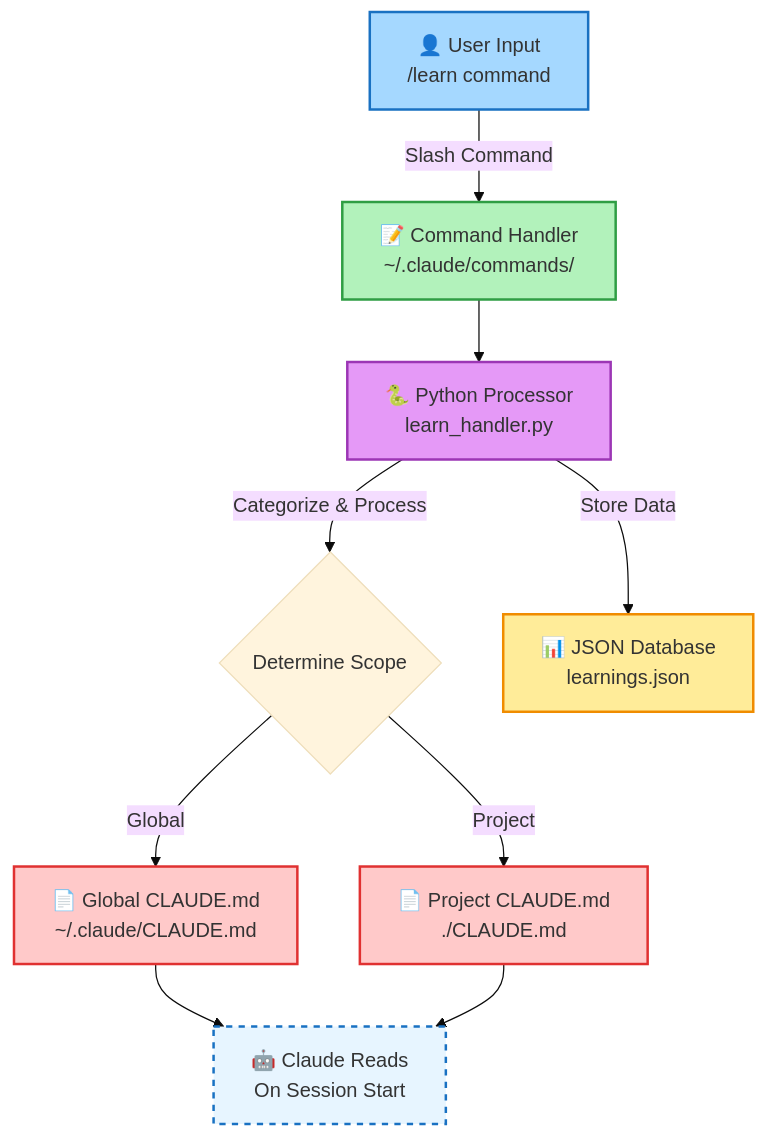
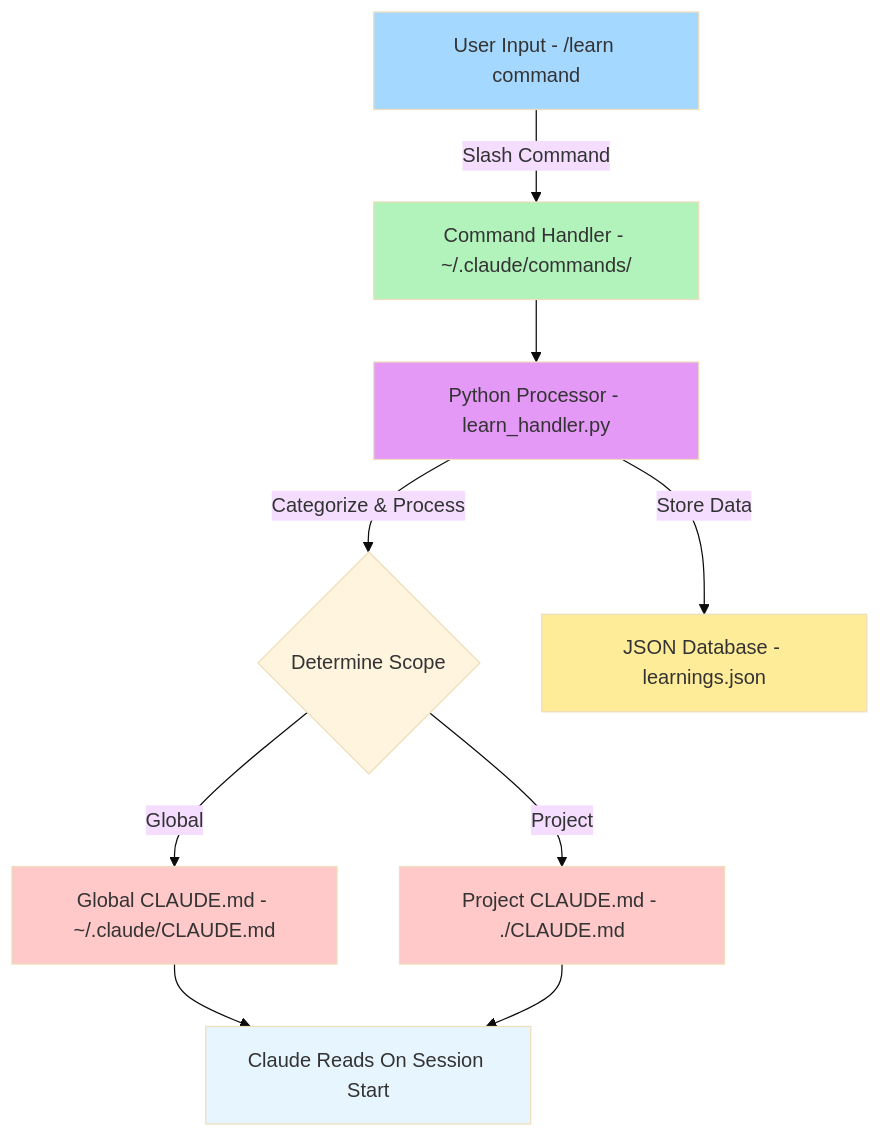
One commit to amilovidov/claude-learning-system changed the first of 2 diagrams in README.md. Above: the diagram before and after it, drawn with Mermaid (base theme).

Commit message:
fix: simplify Mermaid diagram styling for GitHub compatibility
- Remove complex stroke and stroke-width properties
- Remove HTML breaks in node labels
- Simplify styling to just fill colors
- Fix rendering issues on GitHub

````diff
--- a/README.md
+++ b/README.md
@@ -20,19 +20,19 @@
 ```mermaid
 graph TD
-    A[👤 User Input<br/>/learn command] -->|Slash Command| B[📝 Command Handler<br/>~/.claude/commands/]
-    B --> C[🐍 Python Processor<br/>learn_handler.py]
+    A[User Input - /learn command] -->|Slash Command| B[Command Handler - ~/.claude/commands/]
+    B --> C[Python Processor - learn_handler.py]
     C -->|Categorize & Process| D{Determine Scope}
-    D -->|Global| E[📄 Global CLAUDE.md<br/>~/.claude/CLAUDE.md]
-    D -->|Project| F[📄 Project CLAUDE.md<br/>./CLAUDE.md]
-    C -->|Store Data| G[📊 JSON Database<br/>learnings.json]
-    E --> H[🤖 Claude Reads<br/>On Session Start]
+    D -->|Global| E[Global CLAUDE.md - ~/.claude/CLAUDE.md]
+    D -->|Project| F[Project CLAUDE.md - ./CLAUDE.md]
+    C -->|Store Data| G[JSON Database - learnings.json]
+    E --> H[Claude Reads On Session Start]
     F --> H
     
-    style A fill:#a5d8ff,stroke:#1971c2,stroke-width:2px
-    style B fill:#b2f2bb,stroke:#2f9e44,stroke-width:2px
-    style C fill:#e599f7,stroke:#9c36b5,stroke-width:2px
-    style E fill:#ffc9c9,stroke:#e03131,stroke-width:2px
-    style F fill:#ffc9c9,stroke:#e03131,stroke-width:2px
-    style G fill:#ffec99,stroke:#f08c00,stroke-width:2px
-    style H fill:#e7f5ff,stroke:#1971c2,stroke-width:2px,stroke-dasharray: 5 5
+    style A fill:#a5d8ff
+    style B fill:#b2f2bb
+    style C fill:#e599f7
+    style E fill:#ffc9c9
+    style F fill:#ffc9c9
+    style G fill:#ffec99
+    style H fill:#e7f5ff
 ```
````
